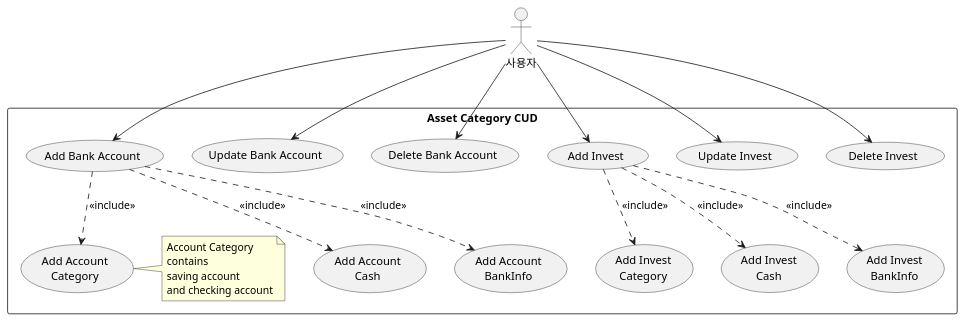
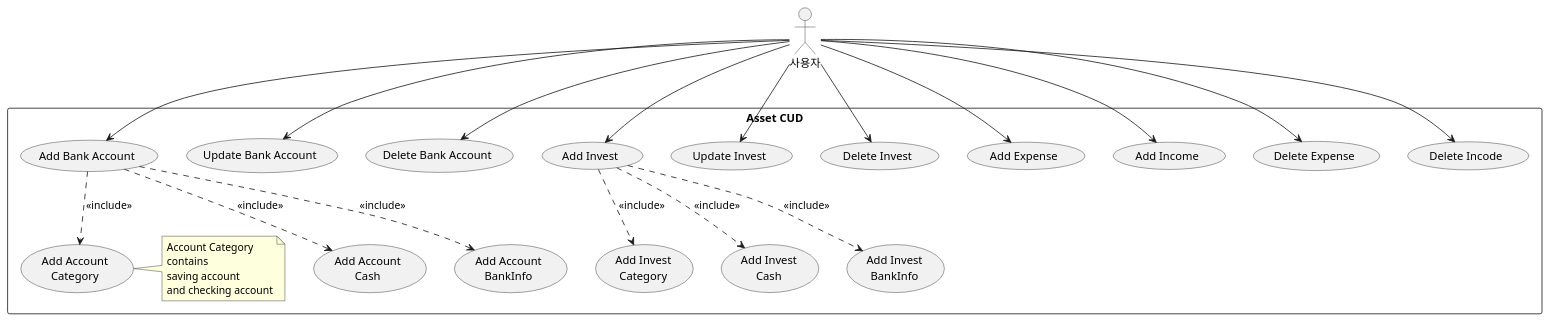
Before and after one commit to ye-geeee/moni-app-server: the diagram in diagram/use-case/asset-cud.puml, drawn with PlantUML.

Commit message:
[Diagram] Modify asset informatino uml

```diff
--- a/diagram/use-case/asset-cud.puml
+++ b/diagram/use-case/asset-cud.puml
@@ -1,46 +1,56 @@
 @startuml
 
 actor 사용자 as USER
 
-rectangle "Asset Category CUD" {
+rectangle "Asset CUD" {
     usecase "Add Bank Account" as ADD_BA
     usecase "Update Bank Account" as UP_BA
     usecase "Delete Bank Account" as DEL_BA
 
     USER --> ADD_BA
     USER --> UP_BA
     USER --> DEL_BA
 
     usecase "Add Account\nCategory" as ADD_BA_CAT
     usecase "Add Account\nCash" as ADD_BA_CASH
     usecase "Add Account\nBankInfo" as ADD_BA_BI
 
     note right of (ADD_BA_CAT)
     Account Category
     contains
     saving account
     and checking account
     end note
 
     ADD_BA ..> ADD_BA_CAT : <<include>>
     ADD_BA ..> ADD_BA_CASH : <<include>>
     ADD_BA ..> ADD_BA_BI : <<include>>
 
     usecase "Add Invest"  as ADD_IV
     usecase "Update Invest"  as UP_IV
     usecase "Delete Invest"  as DEL_IV
 
     USER --> ADD_IV
     USER --> UP_IV
     USER --> DEL_IV
 
     usecase "Add Invest\nCategory" as ADD_IV_CAT
     usecase "Add Invest\nCash" as ADD_IV_CASH
     usecase "Add Invest\nBankInfo" as ADD_IV_BI
 
     ADD_IV ..> ADD_IV_CAT : <<include>>
     ADD_IV ..> ADD_IV_CASH : <<include>>
     ADD_IV ..> ADD_IV_BI : <<include>>
+
+    usecase "Add Expense" as ADD_EX
+    usecase "Add Income" as ADD_IN
+    usecase "Delete Expense" as DEL_EX
+    usecase "Delete Incode" as DEL_IN
+
+    USER --> ADD_EX
+    USER --> ADD_IN
+    USER --> DEL_EX
+    USER --> DEL_IN
 }
 
 @enduml
```
